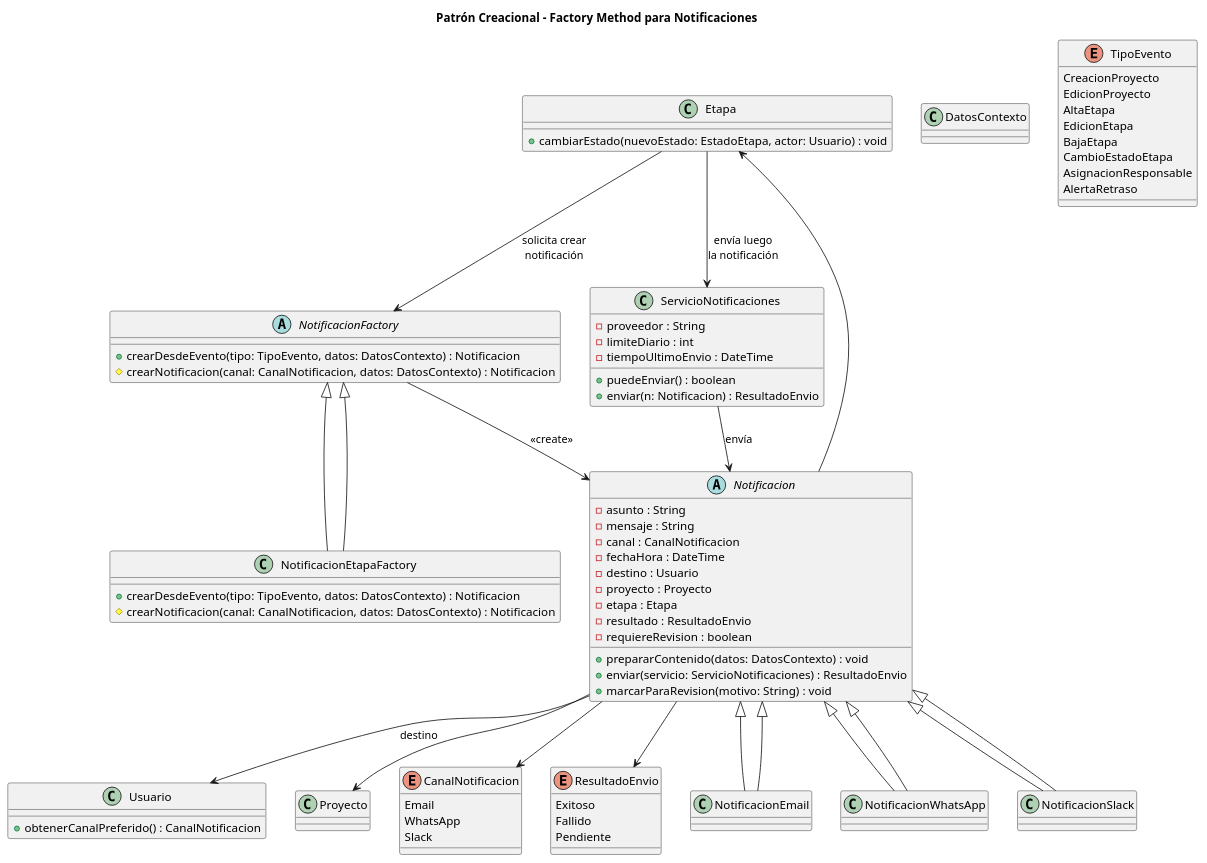
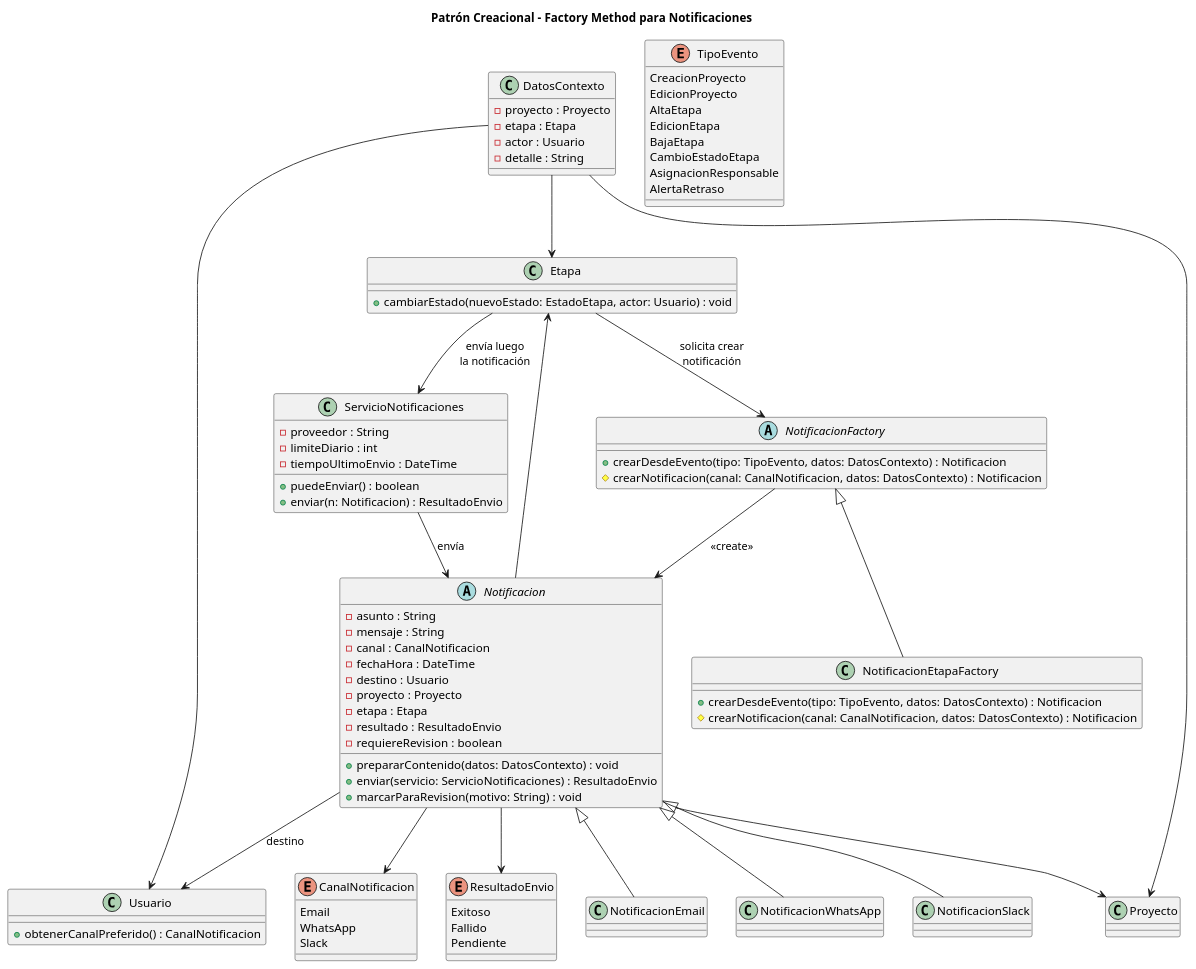
The diagram in diagramas/01-diagrama-clases/01-patron-creacional-factory-method-notificaciones.puml (dantebiondi666-prog/SistemaProductoraVideos), drawn with PlantUML before and after one commit.

Commit message:
correcciones de 01-patron-creacional-factory-method-notificaciones

```diff
--- a/diagramas/01-diagrama-clases/01-patron-creacional-factory-method-notificaciones.puml
+++ b/diagramas/01-diagrama-clases/01-patron-creacional-factory-method-notificaciones.puml
@@ -1,106 +1,110 @@
 @startuml Patron_Creacional_Factory_Method_Notificaciones
 title Patrón Creacional - Factory Method para Notificaciones
 
 ' ==== Clases de dominio reusadas ====
 
 class Etapa {
   + cambiarEstado(nuevoEstado: EstadoEtapa, actor: Usuario) : void
 }
 
 class Usuario {
   + obtenerCanalPreferido() : CanalNotificacion
 }
 
 class Proyecto
 
-class DatosContexto
+class DatosContexto {
+  - proyecto : Proyecto
+  - etapa : Etapa
+  - actor : Usuario
+  - detalle : String
+}
 
 enum TipoEvento {
   CreacionProyecto
   EdicionProyecto
   AltaEtapa
   EdicionEtapa
   BajaEtapa
   CambioEstadoEtapa
   AsignacionResponsable
   AlertaRetraso
 }
 
 enum CanalNotificacion {
   Email
   WhatsApp
   Slack
 }
 
 enum ResultadoEnvio {
   Exitoso
   Fallido
   Pendiente
 }
 
 ' ==== Producto abstracto y concretos (Factory Method) ====
 
 abstract class Notificacion {
   - asunto : String
   - mensaje : String
   - canal : CanalNotificacion
   - fechaHora : DateTime
   - destino : Usuario
   - proyecto : Proyecto
   - etapa : Etapa
   - resultado : ResultadoEnvio
   - requiereRevision : boolean
 
   + prepararContenido(datos: DatosContexto) : void
   + enviar(servicio: ServicioNotificaciones) : ResultadoEnvio
   + marcarParaRevision(motivo: String) : void
 }
 
 class NotificacionEmail extends Notificacion
 class NotificacionWhatsApp extends Notificacion
 class NotificacionSlack extends Notificacion
 
-Notificacion <|-- NotificacionEmail
-Notificacion <|-- NotificacionWhatsApp
-Notificacion <|-- NotificacionSlack
-
 Notificacion --> Usuario : destino
 Notificacion --> Proyecto
 Notificacion --> Etapa
 Notificacion --> CanalNotificacion
 Notificacion --> ResultadoEnvio
 
 ' ==== Creator y Concrete Creator ====
 
 abstract class NotificacionFactory {
   + crearDesdeEvento(tipo: TipoEvento, datos: DatosContexto) : Notificacion
   # crearNotificacion(canal: CanalNotificacion, datos: DatosContexto) : Notificacion
 }
 
 class NotificacionEtapaFactory extends NotificacionFactory {
   + crearDesdeEvento(tipo: TipoEvento, datos: DatosContexto) : Notificacion
   # crearNotificacion(canal: CanalNotificacion, datos: DatosContexto) : Notificacion
 }
 
-NotificacionFactory <|-- NotificacionEtapaFactory
 NotificacionFactory --> Notificacion : <<create>>
 
 ' ==== Servicio existente de envío ====
 
 class ServicioNotificaciones {
   - proveedor : String
   - limiteDiario : int
   - tiempoUltimoEnvio : DateTime
 
   + puedeEnviar() : boolean
   + enviar(n: Notificacion) : ResultadoEnvio
 }
 
 ServicioNotificaciones --> Notificacion : «envía»
 
 ' ==== Colaboraciones con el dominio ====
 
 Etapa --> NotificacionFactory : «solicita crear\nnotificación»
 Etapa --> ServicioNotificaciones : «envía luego\nla notificación»
 
+DatosContexto --> Proyecto
+DatosContexto --> Etapa
+DatosContexto --> Usuario
+
 @enduml
```
